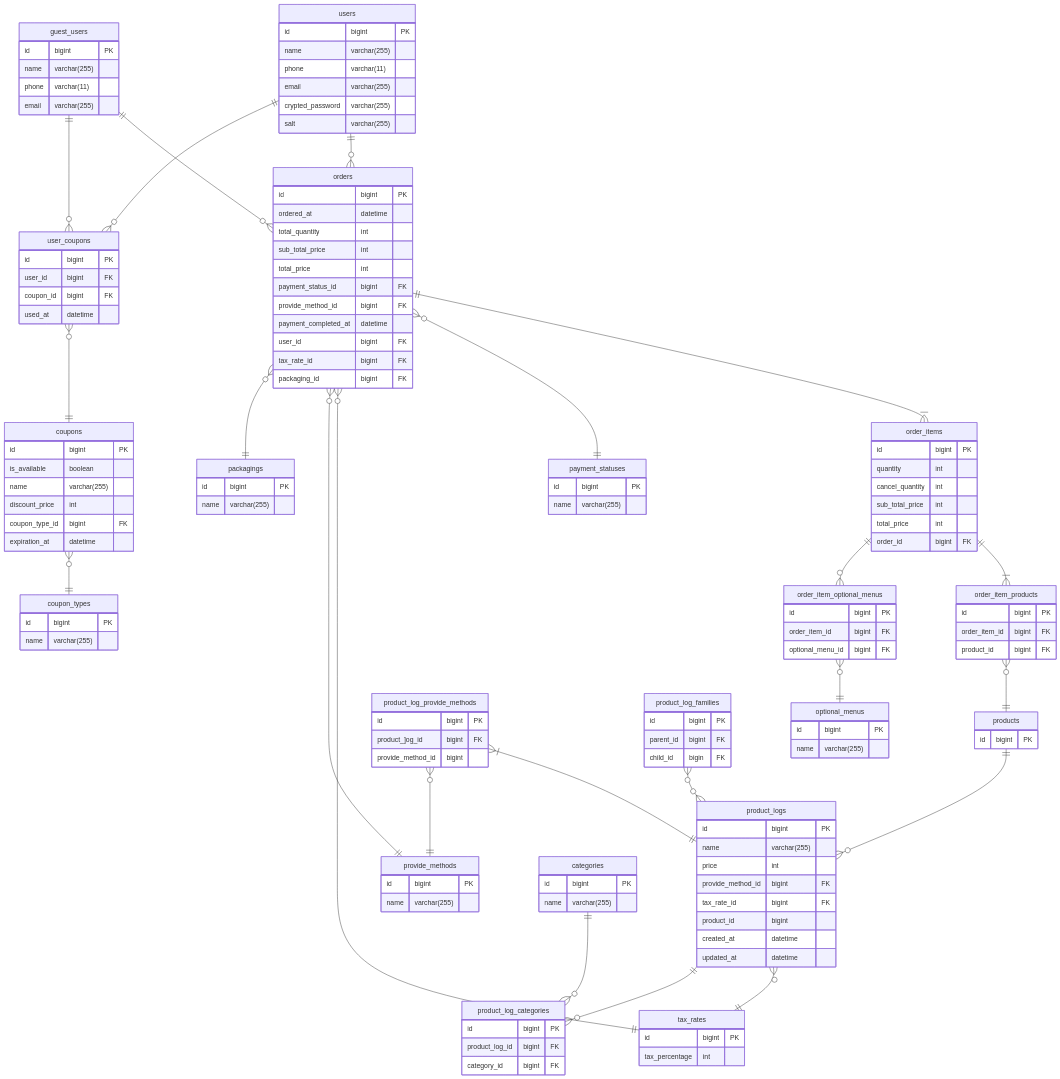
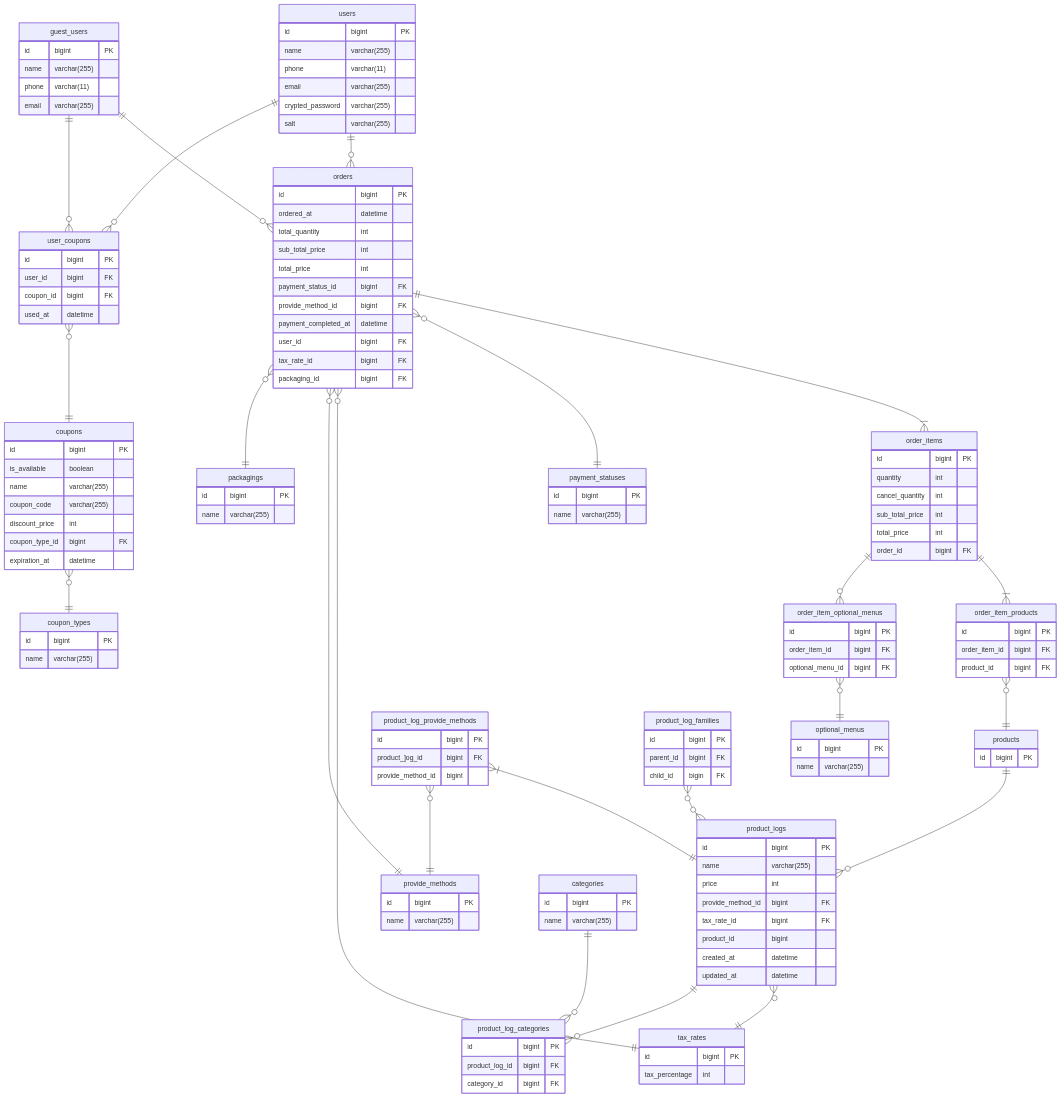
Before and after one commit to praha-inc/praha-challenge-7: the diagram in LUpCvstQOssJiN/database_design/db_modeling_1/part_3/order_er_diagram.mmd, drawn with Mermaid.

Commit message:
Fix: add coupon_code

```diff
--- a/LUpCvstQOssJiN/database_design/db_modeling_1/part_3/order_er_diagram.mmd
+++ b/LUpCvstQOssJiN/database_design/db_modeling_1/part_3/order_er_diagram.mmd
@@ -1,159 +1,160 @@
 erDiagram
 
 users ||--o{ orders: ""
 orders ||--|{ order_items: ""
 orders }o--|| payment_statuses: ""
 orders }o--|| tax_rates: ""
 orders }o--|| provide_methods: ""
 orders }o--|| packagings: ""
 order_items ||--|{ order_item_products: ""
 order_items ||--o{ order_item_optional_menus: ""
 order_item_optional_menus }o--|| optional_menus: ""
 order_item_products }o--|| products: ""
 products ||--o{ product_logs: ""
 product_logs }o--|| tax_rates: ""
 product_log_provide_methods }|--|| product_logs: ""
 product_log_provide_methods }o--|| provide_methods: ""
 product_log_families }o--o{ product_logs: ""
 categories ||--o{ product_log_categories: ""
 product_logs ||--o{ product_log_categories: ""
 guest_users ||--o{ orders: ""
 users ||--o{ user_coupons: ""
 user_coupons }o--|| coupons: ""
 coupons }o--|| coupon_types: ""
 guest_users ||--o{ user_coupons: ""
 
 users {
   id bigint PK
   name varchar(255)
   phone varchar(11)
   email varchar(255)
   crypted_password varchar(255)
   salt varchar(255)
 }
 
 guest_users {
   id bigint PK
   name varchar(255)
   phone varchar(11)
   email varchar(255)
 }
 
 user_coupons {
   id bigint PK
   user_id bigint FK
   coupon_id bigint FK
   used_at datetime
 }
 
 coupons {
   id bigint PK
   is_available boolean
   name varchar(255)
+  coupon_code varchar(255)
   discount_price int
   coupon_type_id bigint FK
   expiration_at datetime
 }
 
 coupon_types {
   id bigint PK
   name varchar(255)
 }
 
 orders {
   id bigint PK
   ordered_at datetime
   total_quantity int
   sub_total_price int
   total_price int
   payment_status_id bigint FK
   provide_method_id bigint FK
   payment_completed_at datetime
   user_id bigint FK
   tax_rate_id bigint FK
   packaging_id bigint FK
 }
 
 packagings {
   id bigint PK
   name varchar(255)
 }
 
 payment_statuses {
   id bigint PK
   name varchar(255)
 }
 
 order_items {
   id bigint PK
   quantity int
   cancel_quantity int
   sub_total_price int
   total_price int
   order_id bigint FK
 }
 
 order_item_optional_menus {
   id bigint PK
   order_item_id bigint FK
   optional_menu_id bigint FK
 }
 
 optional_menus {
   id bigint PK
   name varchar(255)
 }
 
 order_item_products {
   id bigint PK
   order_item_id bigint FK
   product_id bigint FK
 }
 
 products {
   id bigint PK
 }
 
 product_logs {
   id bigint PK
   name varchar(255)
   price int
   provide_method_id bigint FK
   tax_rate_id bigint FK
   product_id bigint
   created_at datetime
   updated_at datetime
 }
 
 product_log_provide_methods {
   id bigint PK
   product_]og_id bigint FK
   provide_method_id bigint
 }
 
 product_log_families {
   id bigint PK
   parent_id bigint FK
   child_id bigin FK
 }
 
 provide_methods {
   id bigint PK
   name varchar(255)
 }
 
 product_log_categories {
   id bigint PK
   product_log_id bigint FK
   category_id bigint FK
 }
 
 categories {
   id bigint PK
   name varchar(255)
 }
 
 tax_rates {
   id bigint PK
   tax_percentage int
 }
```
